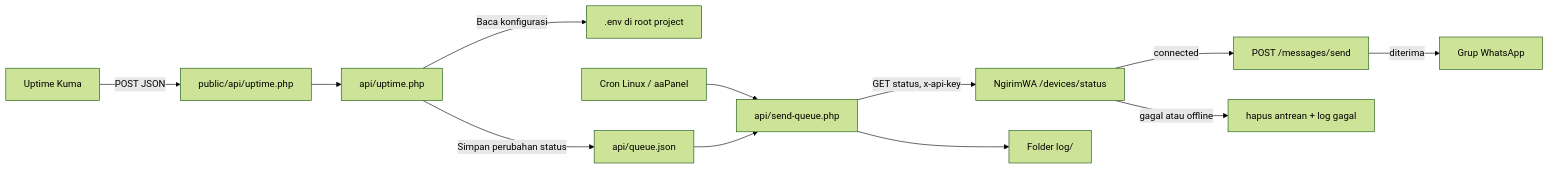
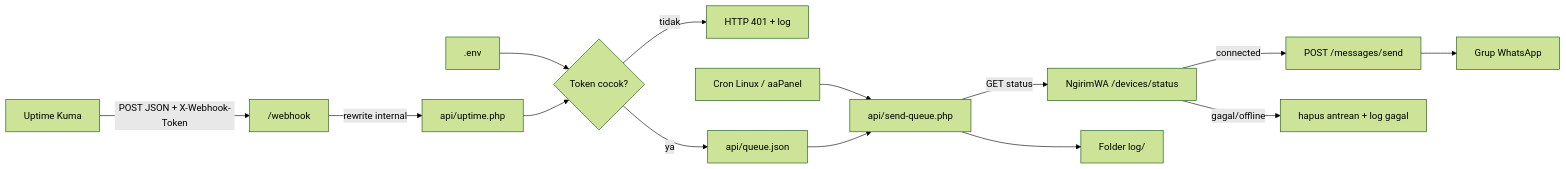
One commit to ekiguistian/webhook_uptimekuma-sendwa changed the diagram in README.md. Above: the diagram before and after it, drawn with Mermaid (forest theme). The commit also changed other lines of this file and 4 other files, not shown here.

```diff
--- a/README.md
+++ b/README.md
@@ -30,14 +16,16 @@
 ~~~mermaid
 flowchart LR
-  Kuma["Uptime Kuma"] -->|POST JSON| Entry["public/api/uptime.php"]
-  Entry --> Core["api/uptime.php"]
-  Core -->|Baca konfigurasi| Env[".env di root project"]
-  Core -->|Simpan perubahan status| Queue["api/queue.json"]
+  Kuma["Uptime Kuma"] -->|POST JSON + X-Webhook-Token| Web["/webhook"]
+  Web -->|rewrite internal| Handler["api/uptime.php"]
+  Env[".env"] --> Auth{"Token cocok?"}
+  Handler --> Auth
+  Auth -->|tidak| Reject["HTTP 401 + log"]
+  Auth -->|ya| Queue["api/queue.json"]
   Cron["Cron Linux / aaPanel"] --> Worker["api/send-queue.php"]
   Queue --> Worker
-  Worker -->|GET status, x-api-key| Status["NgirimWA /devices/status"]
+  Worker -->|GET status| Status["NgirimWA /devices/status"]
   Status -->|connected| Send["POST /messages/send"]
-  Status -->|gagal atau offline| Failure["hapus antrean + log gagal"]
-  Send -->|diterima| Group["Grup WhatsApp"]
+  Status -->|gagal/offline| Failure["hapus antrean + log gagal"]
+  Send --> Group["Grup WhatsApp"]
   Worker --> Logs["Folder log/"]
 ~~~
```
